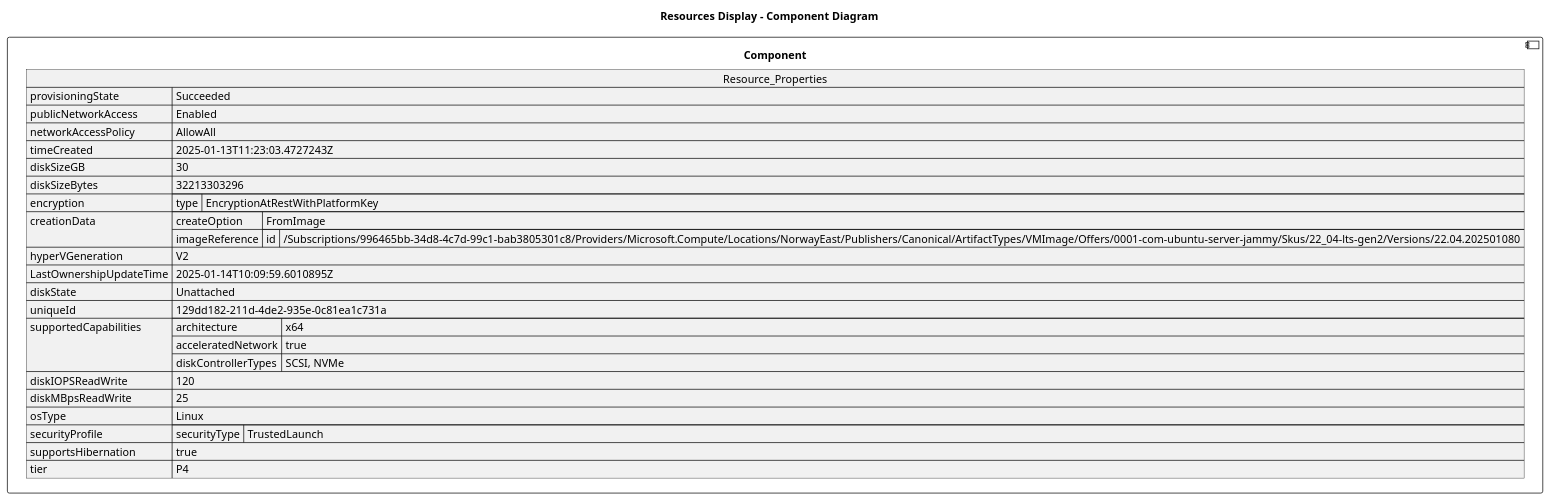
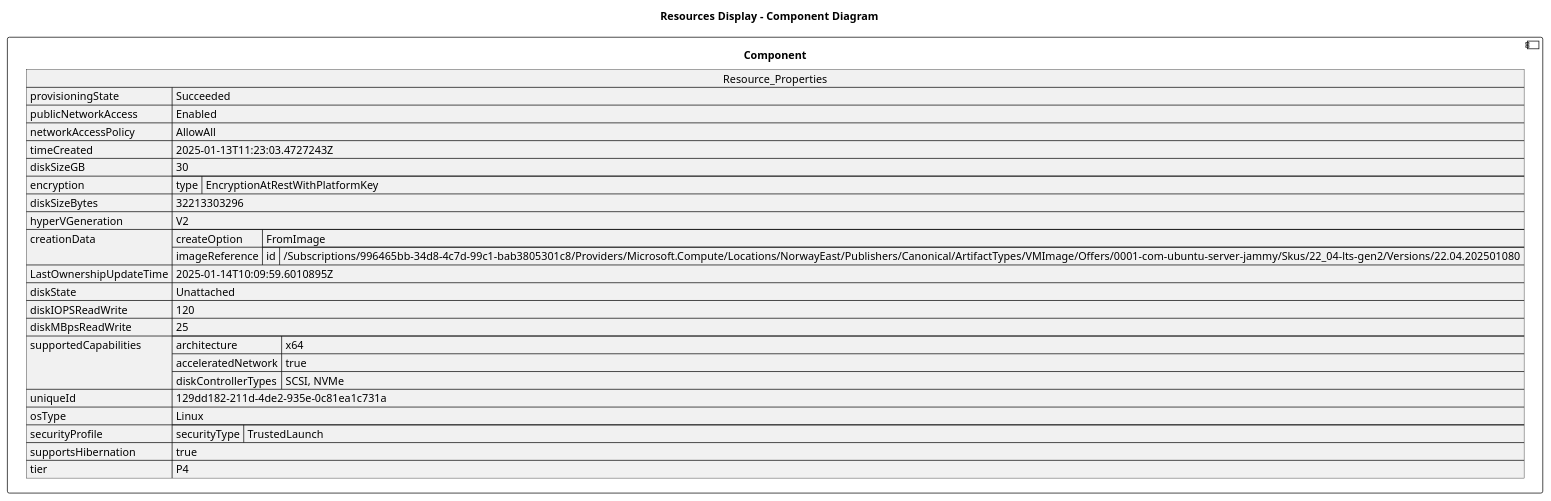
Before and after one commit to DanielAmpong/Test-Azure-architecture-diagram: the diagram in architectureDesign/PUML/rg-audun_Resources/linux_backup_test_OsDisk_1_129dd182211d4de2935e0c81ea1c731a.puml, drawn with PlantUML. The commit also changed other lines of this file and 338 other files, not shown here.

```diff
--- a/architectureDesign/PUML/rg-audun_Resources/linux_backup_test_OsDisk_1_129dd182211d4de2935e0c81ea1c731a.puml
+++ b/architectureDesign/PUML/rg-audun_Resources/linux_backup_test_OsDisk_1_129dd182211d4de2935e0c81ea1c731a.puml
@@ -1,42 +1,42 @@
 @startuml
 
 title Resources Display - Component Diagram
 
 component Component {
 
 json  Resource_Properties {
   "provisioningState": "Succeeded",
   "publicNetworkAccess": "Enabled",
   "networkAccessPolicy": "AllowAll",
   "timeCreated": "2025-01-13T11:23:03.4727243Z",
   "diskSizeGB": 30,
-  "diskSizeBytes": 32213303296,
   "encryption": {
     "type": "EncryptionAtRestWithPlatformKey"
   },
+  "diskSizeBytes": 32213303296,
+  "hyperVGeneration": "V2",
   "creationData": {
     "createOption": "FromImage",
     "imageReference": {
       "id": "/Subscriptions/996465bb-34d8-4c7d-99c1-bab3805301c8/Providers/Microsoft.Compute/Locations/NorwayEast/Publishers/Canonical/ArtifactTypes/VMImage/Offers/0001-com-ubuntu-server-jammy/Skus/22_04-lts-gen2/Versions/22.04.202501080"
     }
   },
-  "hyperVGeneration": "V2",
   "LastOwnershipUpdateTime": "2025-01-14T10:09:59.6010895Z",
   "diskState": "Unattached",
-  "uniqueId": "129dd182-211d-4de2-935e-0c81ea1c731a",
+  "diskIOPSReadWrite": 120,
+  "diskMBpsReadWrite": 25,
   "supportedCapabilities": {
     "architecture": "x64",
     "acceleratedNetwork": true,
     "diskControllerTypes": "SCSI, NVMe"
   },
-  "diskIOPSReadWrite": 120,
-  "diskMBpsReadWrite": 25,
+  "uniqueId": "129dd182-211d-4de2-935e-0c81ea1c731a",
   "osType": "Linux",
   "securityProfile": {
     "securityType": "TrustedLaunch"
   },
   "supportsHibernation": true,
   "tier": "P4"
 }
 }
 @enduml
```
